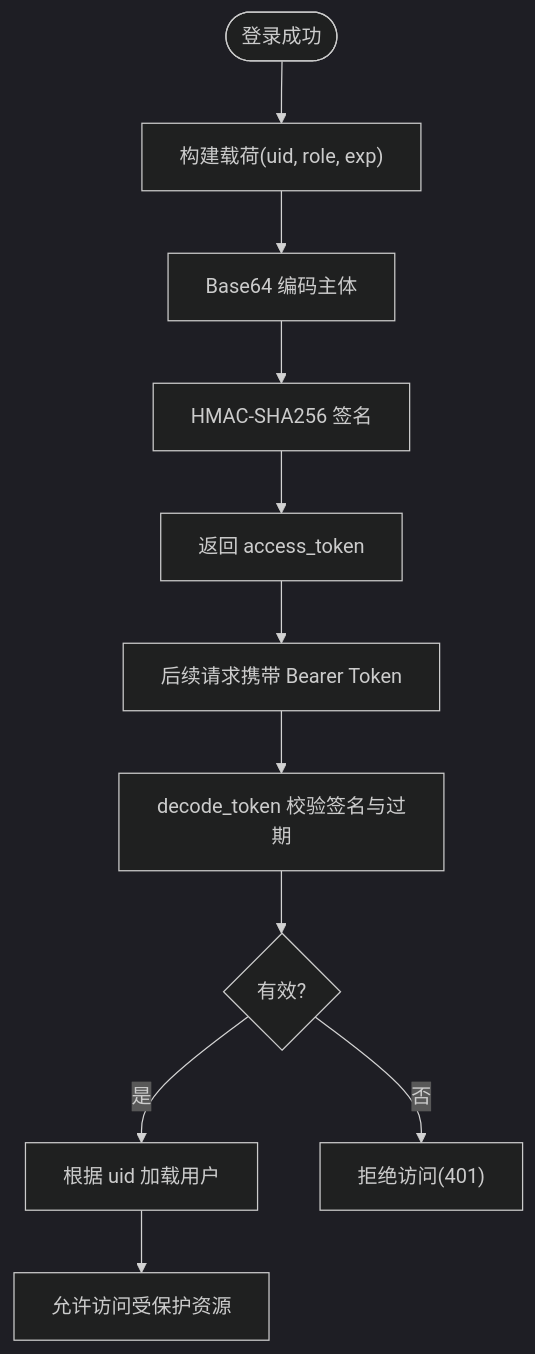
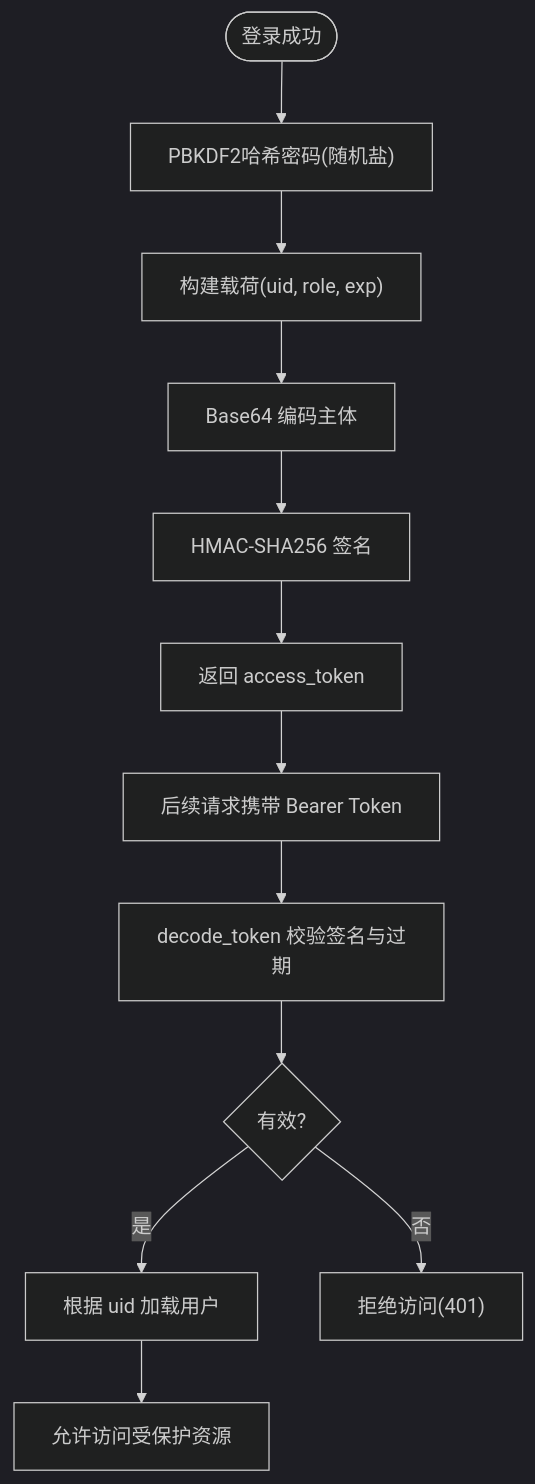
Before and after one commit to onebody/homework: the third of 7 diagrams in .qoder/repowiki/zh/content/安全与认证机制/安全与认证机制.md, drawn with Mermaid (dark theme). The commit also changed other lines of this file and 15 other files, not shown here.

````diff
--- a/.qoder/repowiki/zh/content/安全与认证机制/安全与认证机制.md
+++ b/.qoder/repowiki/zh/content/安全与认证机制/安全与认证机制.md
@@ -192,13 +232,14 @@
 ```mermaid
 flowchart TD
-Start(["登录成功"]) --> BuildPayload["构建载荷(uid, role, exp)"]
+Start(["登录成功"]) --> HashPassword["PBKDF2哈希密码(随机盐)"]
+HashPassword --> BuildPayload["构建载荷(uid, role, exp)"]
 BuildPayload --> EncodeBody["Base64 编码主体"]
 EncodeBody --> Sign["HMAC-SHA256 签名"]
 Sign --> ReturnToken["返回 access_token"]
 ReturnToken --> NextReq["后续请求携带 Bearer Token"]
 NextReq --> Decode["decode_token 校验签名与过期"]
 Decode --> Valid{"有效?"}
 Valid --> |是| LoadUser["根据 uid 加载用户"]
 Valid --> |否| Reject["拒绝访问(401)"]
 LoadUser --> Allow["允许访问受保护资源"]
 ```
````
